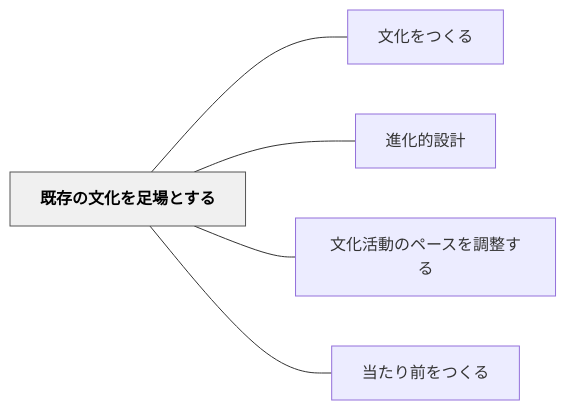
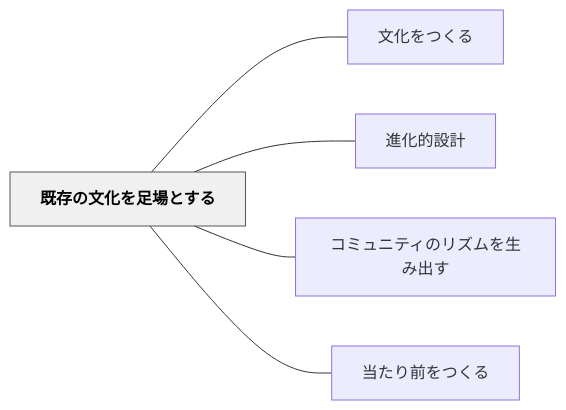
Before and after one commit to unknownthings-ed-patterns/unknownthings-ed-patterns: the diagram in content/パタン/既存の文化を足場とする.md, drawn with Mermaid. The commit also changed other lines of this file and 3 other files, not shown here.

````diff
--- a/content/パタン/既存の文化を足場とする.md
+++ b/content/パタン/既存の文化を足場とする.md
@@ -54,16 +54,16 @@
 ```mermaid
 flowchart LR
     ne697a2e5ad98e381aee69687e58c96e38292e8b6b3e5a0b4e381a8e38199e3828b["既存の文化を足場とする"]
     ne69687e58c96e38292e381a4e3818fe3828b["文化をつくる"]
     ne980b2e58c96e79a84e8a8ade8a888["進化的設計"]
-    ne69687e58c96e6b4bbe58b95e381aee3839ae383bce382b9e38292e8aabfe695b4e38199e3828b["文化活動のペースを調整する"]
+    ne382b3e3839fe383a5e3838be38386e382a3e381aee383aae382bae383a0e38292e7949fe381bfe587bae38199["コミュニティのリズムを生み出す"]
     ne5bd93e3819fe3828ae5898de38292e381a4e3818fe3828b["当たり前をつくる"]
 
     ne697a2e5ad98e381aee69687e58c96e38292e8b6b3e5a0b4e381a8e38199e3828b --- ne69687e58c96e38292e381a4e3818fe3828b
     ne697a2e5ad98e381aee69687e58c96e38292e8b6b3e5a0b4e381a8e38199e3828b --- ne980b2e58c96e79a84e8a8ade8a888
-    ne697a2e5ad98e381aee69687e58c96e38292e8b6b3e5a0b4e381a8e38199e3828b --- ne69687e58c96e6b4bbe58b95e381aee3839ae383bce382b9e38292e8aabfe695b4e38199e3828b
+    ne697a2e5ad98e381aee69687e58c96e38292e8b6b3e5a0b4e381a8e38199e3828b --- ne382b3e3839fe383a5e3838be38386e382a3e381aee383aae382bae383a0e38292e7949fe381bfe587bae38199
     ne697a2e5ad98e381aee69687e58c96e38292e8b6b3e5a0b4e381a8e38199e3828b --- ne5bd93e3819fe3828ae5898de38292e381a4e3818fe3828b
 
     classDef hub fill:#f0f0f0,stroke:#555,color:#000,font-weight:bold
     class ne697a2e5ad98e381aee69687e58c96e38292e8b6b3e5a0b4e381a8e38199e3828b hub
 ```
````
